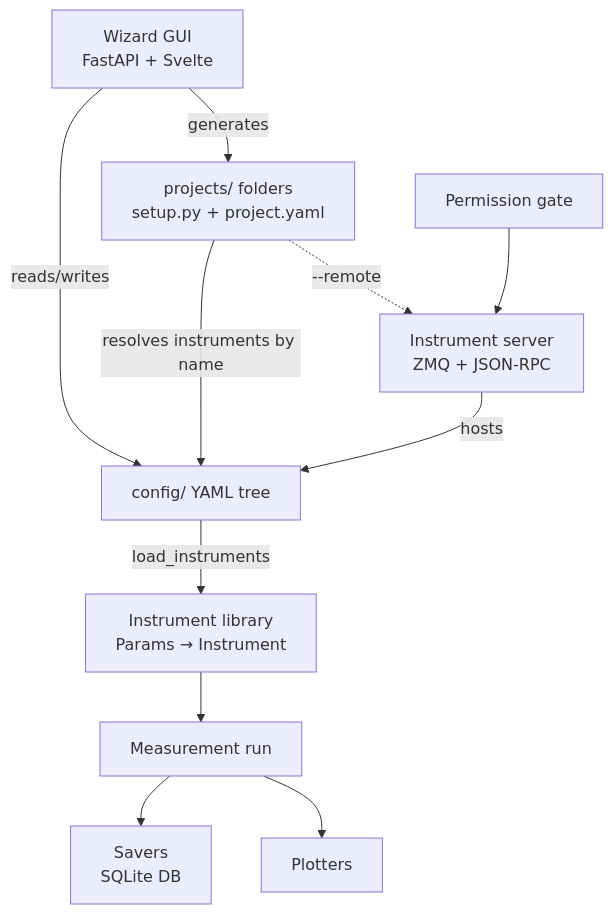
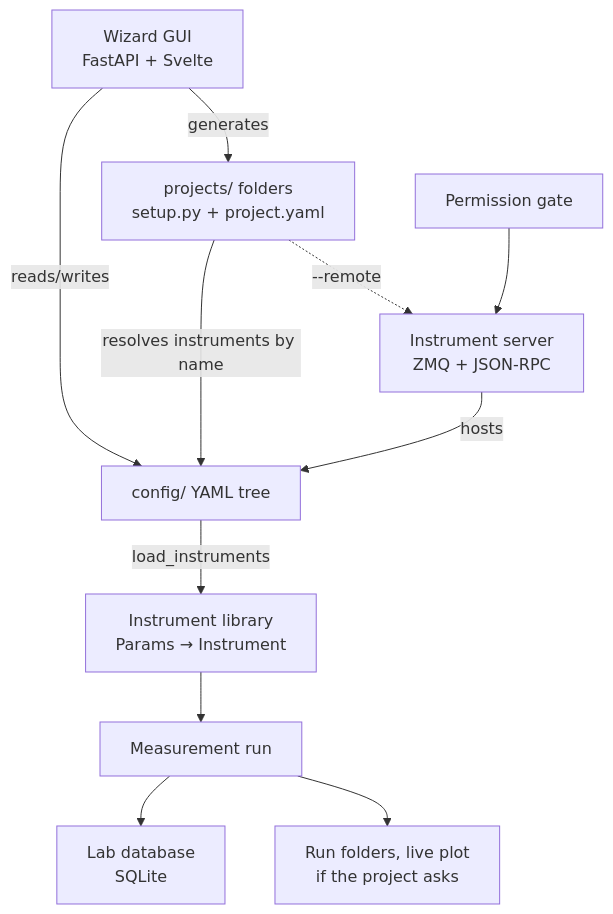
The diagram in docs/index.md (sansseriff/lab-wizard), drawn with Mermaid before and after one commit. The commit also changed other lines of this file and 212 other files, not shown here.

````diff
--- a/docs/index.md
+++ b/docs/index.md
@@ -31,13 +31,13 @@
 ```mermaid
 graph TD
     GUI[Wizard GUI<br/>FastAPI + Svelte] -->|reads/writes| CFG[config/ YAML tree]
     GUI -->|generates| PROJ[projects/ folders<br/>setup.py + project.yaml]
     CFG -->|load_instruments| LIB[Instrument library<br/>Params → Instrument]
     PROJ -->|resolves instruments by name| CFG
     LIB --> MEAS[Measurement run]
-    MEAS --> SAV[Savers<br/>SQLite DB]
-    MEAS --> PLOT[Plotters]
+    MEAS --> DB[Lab database<br/>SQLite]
+    MEAS --> OUT[Run folders, live plot<br/>if the project asks]
     SERVER[Instrument server<br/>ZMQ + JSON-RPC] -->|hosts| CFG
     PROJ -.->|--remote| SERVER
     GATE[Permission gate] --> SERVER
 ```
````
